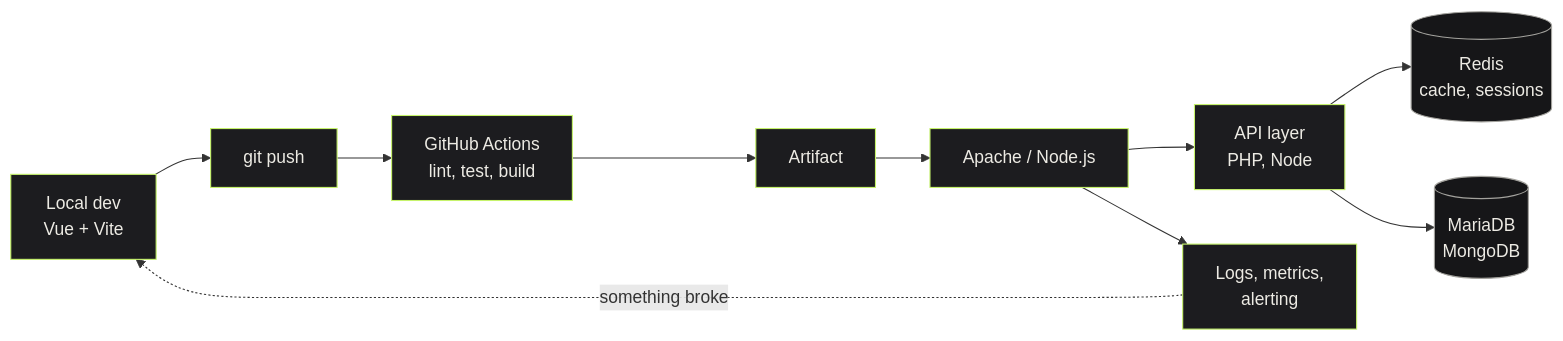
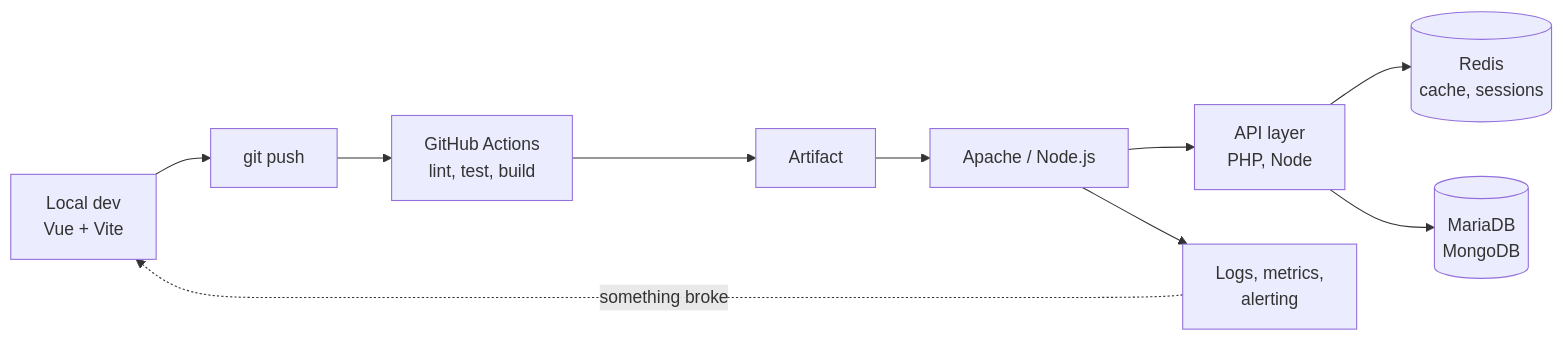
Before and after one commit to maximilianfeix/maximilianfeix: the first of 2 diagrams in README.md, drawn with Mermaid. The commit also changed other lines of this file and 15 other files, not shown here.

````diff
--- a/README.md
+++ b/README.md
@@ -183,17 +179,12 @@
 ```mermaid
 flowchart LR
     dev["Local dev<br/>Vue + Vite"] --> push["git push"]
     push --> ci["GitHub Actions<br/>lint, test, build"]
     ci --> art["Artifact"]
     art --> web["Apache / Node.js"]
     web --> api["API layer<br/>PHP, Node"]
     api --> cache[("Redis<br/>cache, sessions")]
     api --> db[("MariaDB<br/>MongoDB")]
     web --> obs["Logs, metrics,<br/>alerting"]
     obs -.->|"something broke"| dev
-
-    classDef node fill:#1C1C1F,stroke:#C6F36B,stroke-width:1px,color:#EDEBE4
-    classDef store fill:#161618,stroke:#A3A29D,stroke-width:1px,color:#EDEBE4
-    class dev,push,ci,art,web,api,obs node
-    class cache,db store
 ```
````
